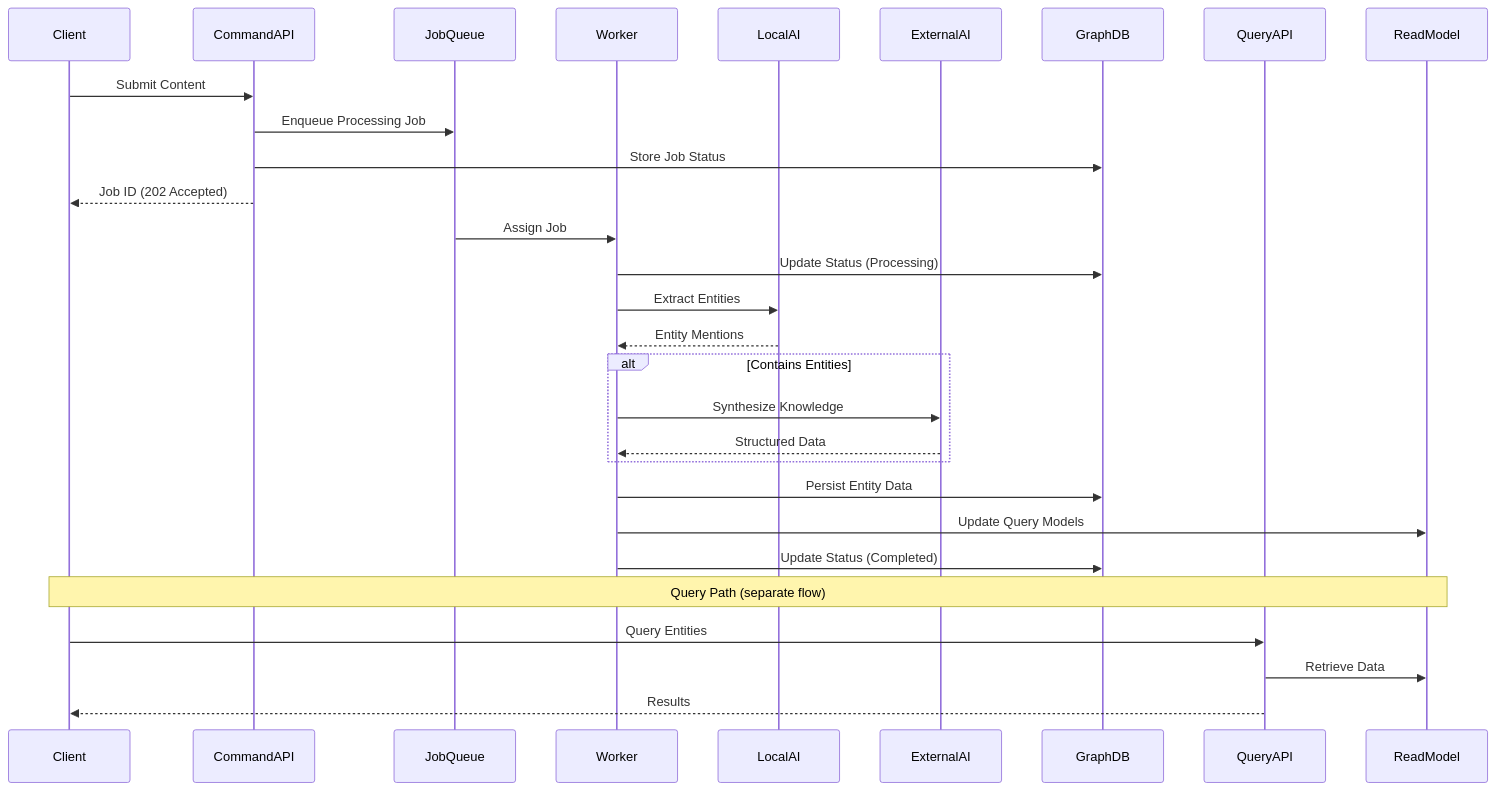
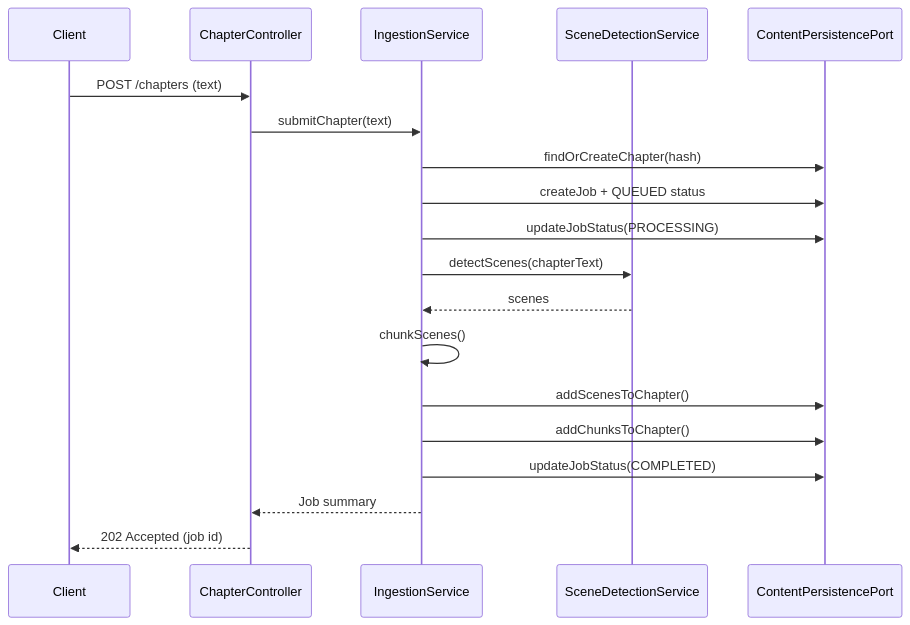
One commit to chaixdev/lorevault-kb changed the second of 2 diagrams in docs/architecture/02-functional-viewpoint.md. Above: the diagram before and after it, drawn with Mermaid. The commit also changed other lines of this file and 59 other files, not shown here.

````diff
--- a/docs/architecture/02-functional-viewpoint.md
+++ b/docs/architecture/02-functional-viewpoint.md
@@ -236,37 +58,21 @@
 ```mermaid
 sequenceDiagram
     participant Client
-    participant CommandAPI
-    participant JobQueue
-    participant Worker
-    participant LocalAI
-    participant ExternalAI
-    participant GraphDB
-    participant QueryAPI
-    participant ReadModel
-
-    Client->>CommandAPI: Submit Content
-    CommandAPI->>JobQueue: Enqueue Processing Job
-    CommandAPI->>GraphDB: Store Job Status
-    CommandAPI-->>Client: Job ID (202 Accepted)
-    
-    JobQueue->>Worker: Assign Job
-    Worker->>GraphDB: Update Status (Processing)
-    
-    Worker->>LocalAI: Extract Entities
-    LocalAI-->>Worker: Entity Mentions
-    
-    alt Contains Entities
-        Worker->>ExternalAI: Synthesize Knowledge
-        ExternalAI-->>Worker: Structured Data
-    end
-    
-    Worker->>GraphDB: Persist Entity Data
-    Worker->>ReadModel: Update Query Models
-    Worker->>GraphDB: Update Status (Completed)
-    
-    Note over Client,ReadModel: Query Path (separate flow)
-    Client->>QueryAPI: Query Entities
-    QueryAPI->>ReadModel: Retrieve Data
-    QueryAPI-->>Client: Results
+    participant API as ChapterController
+    participant Ing as IngestionService
+    participant Scene as SceneDetectionService
+    participant Persist as ContentPersistencePort
+    Client->>API: POST /chapters (text)
+    API->>Ing: submitChapter(text)
+    Ing->>Persist: findOrCreateChapter(hash)
+    Ing->>Persist: createJob + QUEUED status
+    Ing->>Persist: updateJobStatus(PROCESSING)
+    Ing->>Scene: detectScenes(chapterText)
+    Scene-->>Ing: scenes
+    Ing->>Ing: chunkScenes()
+    Ing->>Persist: addScenesToChapter()
+    Ing->>Persist: addChunksToChapter()
+    Ing->>Persist: updateJobStatus(COMPLETED)
+    Ing-->>API: Job summary
+    API-->>Client: 202 Accepted (job id)
 ```
````
